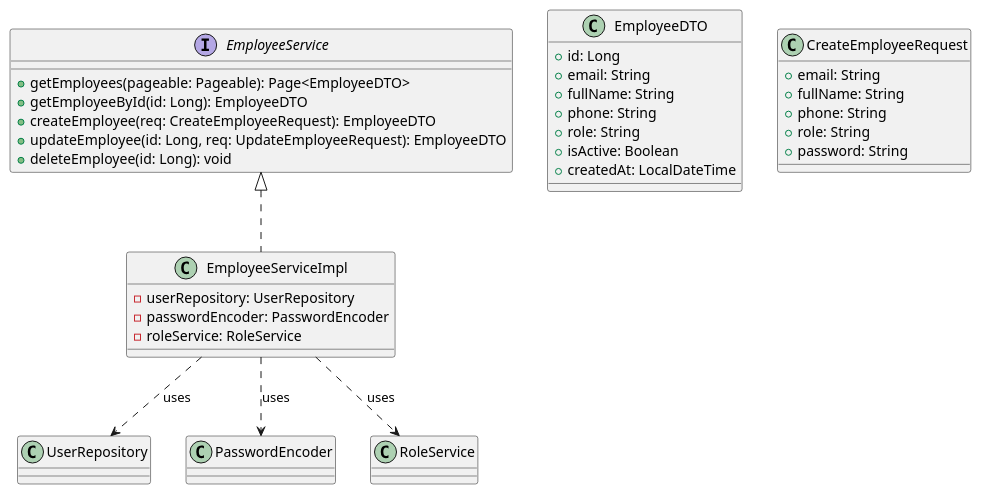
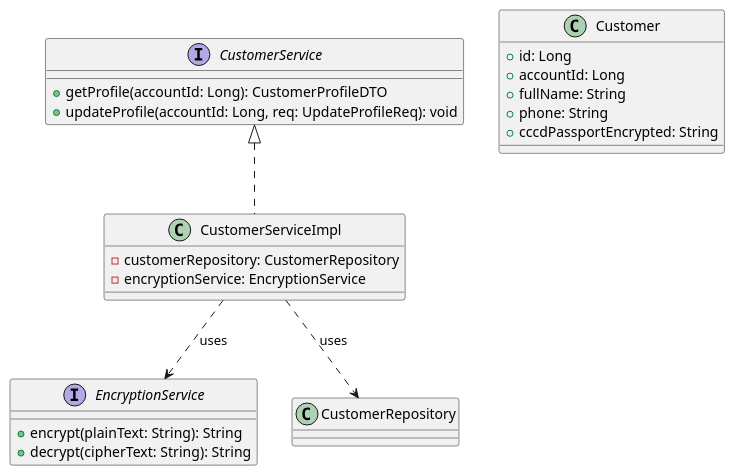
One commit to Luuxinhxinh/hoanien-resort changed the first of 2 diagrams in 06-Testing/mod1_auth/uc03/EDS_uc03_SPEC.md. Above: the diagram before and after it, drawn with PlantUML. The commit also changed other lines of this file and 81 other files, not shown here.

````diff
--- a/06-Testing/mod1_auth/uc03/EDS_uc03_SPEC.md
+++ b/06-Testing/mod1_auth/uc03/EDS_uc03_SPEC.md
@@ -118,39 +111,29 @@
 ```plantuml
 @startuml
-interface EmployeeService {
-  +getEmployees(pageable: Pageable): Page<EmployeeDTO>
-  +getEmployeeById(id: Long): EmployeeDTO
-  +createEmployee(req: CreateEmployeeRequest): EmployeeDTO
-  +updateEmployee(id: Long, req: UpdateEmployeeRequest): EmployeeDTO
-  +deleteEmployee(id: Long): void
+interface CustomerService {
+  +getProfile(accountId: Long): CustomerProfileDTO
+  +updateProfile(accountId: Long, req: UpdateProfileReq): void
 }
 
-class EmployeeServiceImpl implements EmployeeService {
-  -userRepository: UserRepository
-  -passwordEncoder: PasswordEncoder
-  -roleService: RoleService
+interface EncryptionService {
+  +encrypt(plainText: String): String
+  +decrypt(cipherText: String): String
 }
 
-class EmployeeDTO {
+class CustomerServiceImpl implements CustomerService {
+  -customerRepository: CustomerRepository
+  -encryptionService: EncryptionService
+}
+
+class Customer {
   +id: Long
-  +email: String
+  +accountId: Long
   +fullName: String
   +phone: String
-  +role: String
-  +isActive: Boolean
-  +createdAt: LocalDateTime
+  +cccdPassportEncrypted: String
 }
 
-class CreateEmployeeRequest {
-  +email: String
-  +fullName: String
-  +phone: String
-  +role: String
-  +password: String
-}
-
-EmployeeServiceImpl ..> UserRepository : uses
-EmployeeServiceImpl ..> PasswordEncoder : uses
-EmployeeServiceImpl ..> RoleService : uses
+CustomerServiceImpl ..> CustomerRepository : uses
+CustomerServiceImpl ..> EncryptionService : uses
 @enduml
 ```
````
